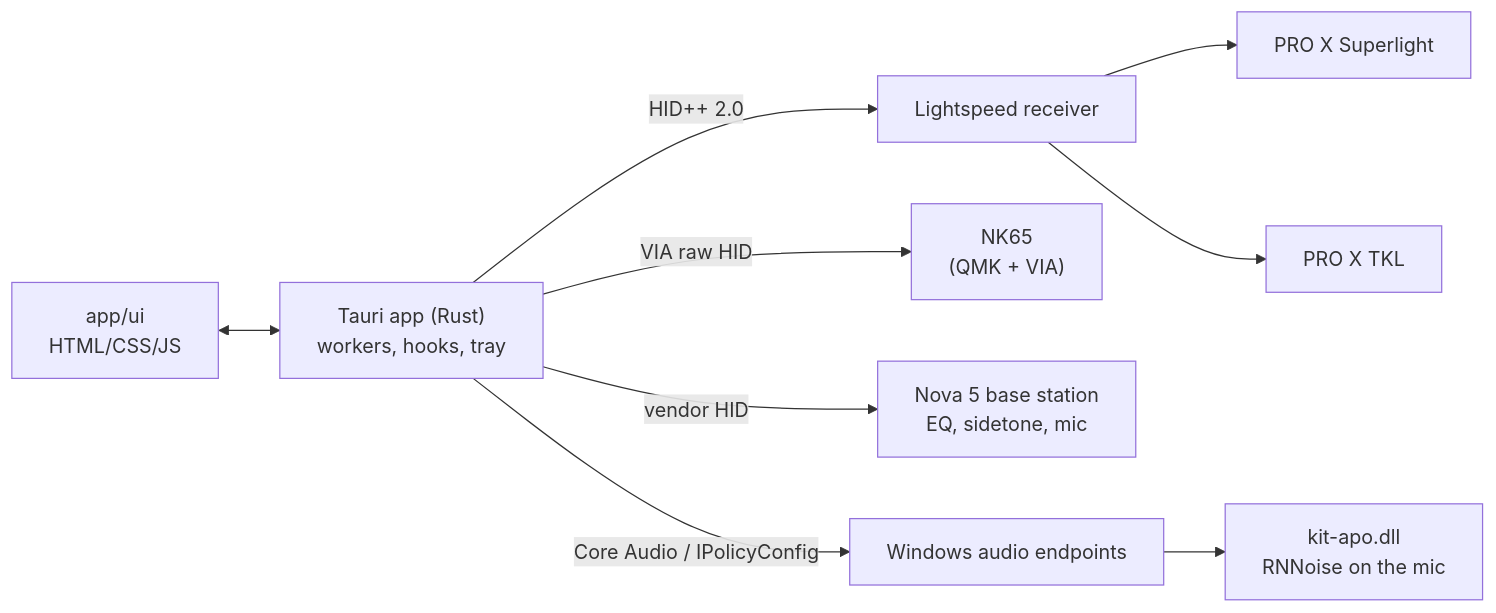
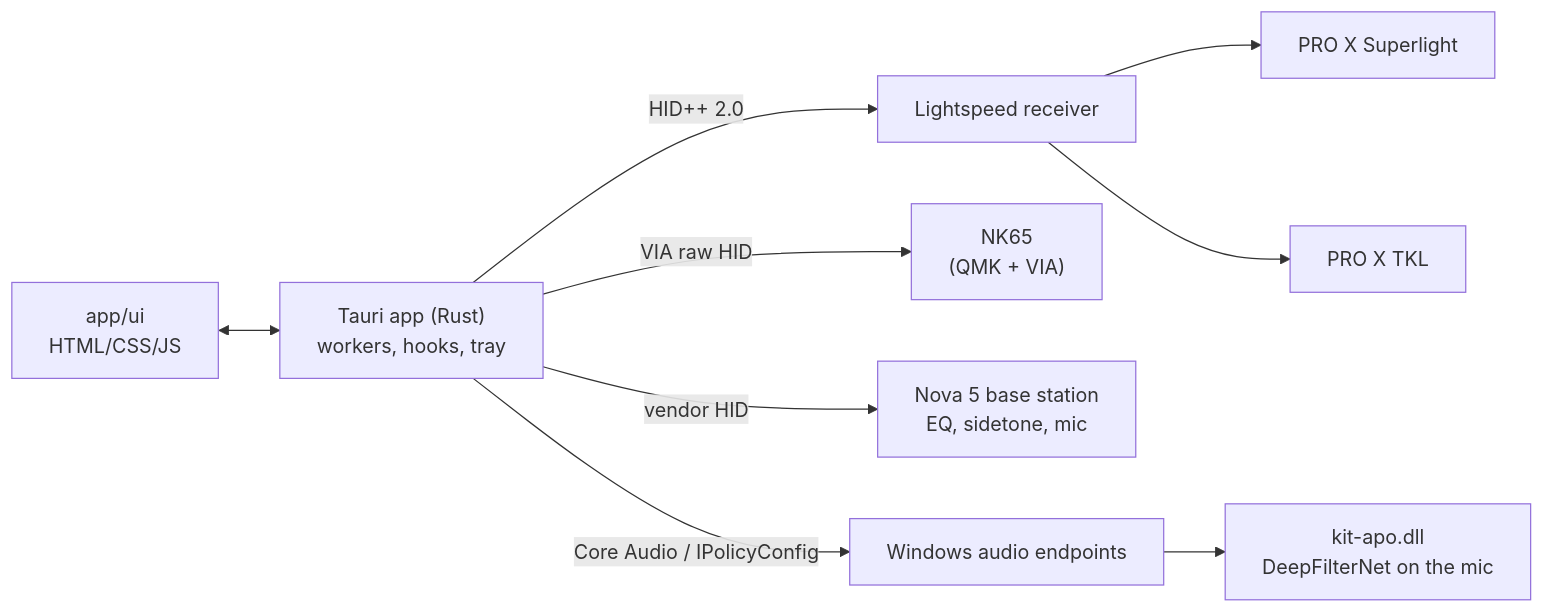
One commit to anthonyradke/kit changed the diagram in README.md. Above: the diagram before and after it, drawn with Mermaid. The commit also changed other lines of this file and 11 other files, not shown here.

Commit message:
replace rnnoise with deepfilternet for mic noise suppression

````diff
--- a/README.md
+++ b/README.md
@@ -72,9 +72,9 @@
 ```mermaid
 flowchart LR
   ui["app/ui<br/>HTML/CSS/JS"] <--> core["Tauri app (Rust)<br/>workers, hooks, tray"]
   core -- "HID++ 2.0" --> rx["Lightspeed receiver"] --> mouse["PRO X Superlight"] & tkl["PRO X TKL"]
   core -- "VIA raw HID" --> nk65["NK65<br/>(QMK + VIA)"]
   core -- "vendor HID" --> base["Nova 5 base station<br/>EQ, sidetone, mic"]
   core -- "Core Audio / IPolicyConfig" --> audio["Windows audio endpoints"]
-  audio --> apo["kit-apo.dll<br/>RNNoise on the mic"]
+  audio --> apo["kit-apo.dll<br/>DeepFilterNet on the mic"]
 ```
````
